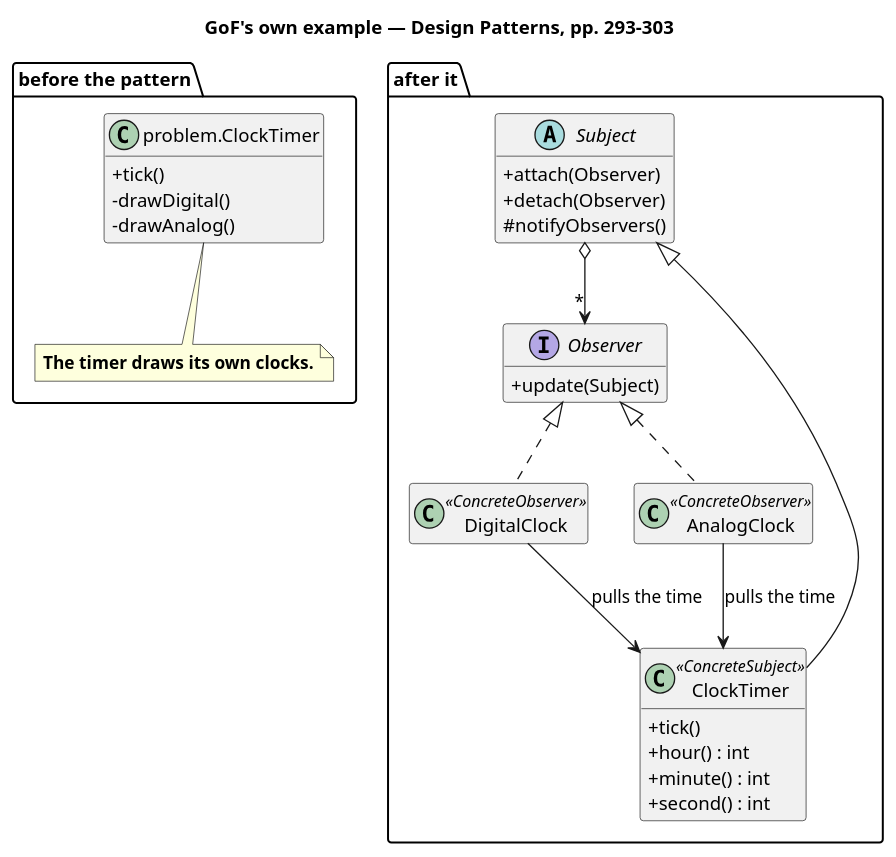
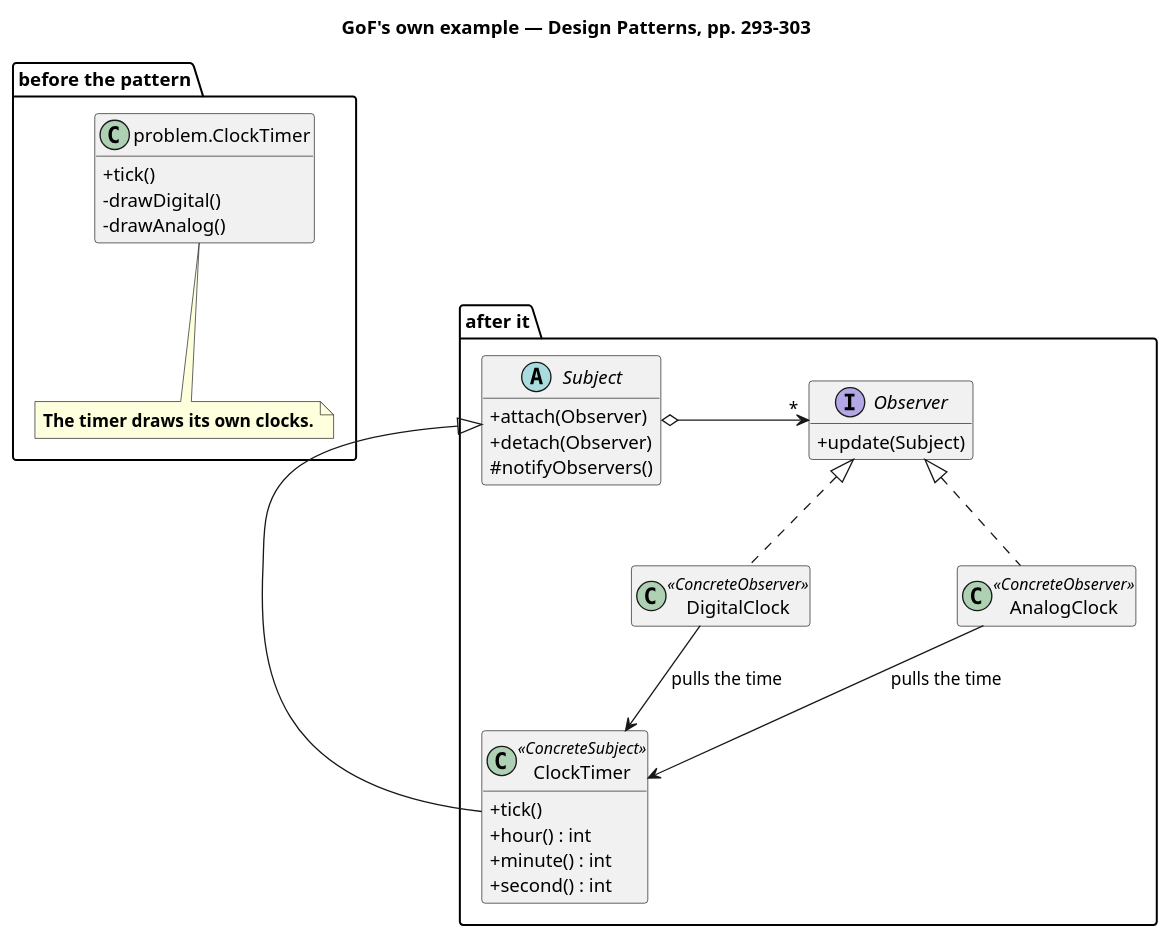
The diagram in src/main/java/dev/kaldiroglu/dp/behavioral/observer/gof/uml/Observer - Clock Timer (GoF) - Class Diagram.puml (kaldiroglu/DesignPatternsWithJava), drawn with PlantUML before and after one commit. The commit also changed 2 other files, not shown here.

Commit message:
Observer gof diagram: ClockTimer right below Subject, Observer centered over the clocks
The is-a lines are straight. They are redrawn in the SVG after PlantUML runs,
and the PNG is drawn from that SVG.

```diff
--- a/src/main/java/dev/kaldiroglu/dp/behavioral/observer/gof/uml/Observer - Clock Timer (GoF) - Class Diagram.puml
+++ b/src/main/java/dev/kaldiroglu/dp/behavioral/observer/gof/uml/Observer - Clock Timer (GoF) - Class Diagram.puml
@@ -1,40 +1,46 @@
 @startuml "Observer - Clock Timer (GoF) - Class Diagram"
 skinparam classAttributeIconSize 0
 hide empty members
+skinparam nodesep 111
 title GoF's own example — Design Patterns, pp. 293-303
 package "before the pattern" {
   class "problem.ClockTimer" as P {
     + tick()
     - drawDigital()
     - drawAnalog()
   }
   note bottom of P
     <b>The timer draws its own clocks.</b>
   end note
 }
 package "after it" {
   abstract class Subject {
     + attach(Observer)
     + detach(Observer)
     # notifyObservers()
   }
   interface Observer {
     + update(Subject)
   }
   class ClockTimer <<ConcreteSubject>> {
     + tick()
     + hour() : int
     + minute() : int
     + second() : int
   }
   class DigitalClock <<ConcreteObserver>>
   class AnalogClock <<ConcreteObserver>>
-  Subject o--> "*" Observer
-  Subject <|-- ClockTimer
+  Subject o-right-> "*" Observer
+  Subject <|--- ClockTimer
   Observer <|.. DigitalClock
   Observer <|.. AnalogClock
   DigitalClock --> ClockTimer : pulls the time
   AnalogClock --> ClockTimer : pulls the time
+  DigitalClock -[hidden]right- AnalogClock
+  Subject -[hidden]-- ClockTimer
+  Subject -[hidden]-- ClockTimer
+  Subject -[hidden]-- ClockTimer
+  Subject -[hidden]-- ClockTimer
 }
-P -[hidden]right- Subject
+P -[hidden]down- Subject
 @enduml
```
